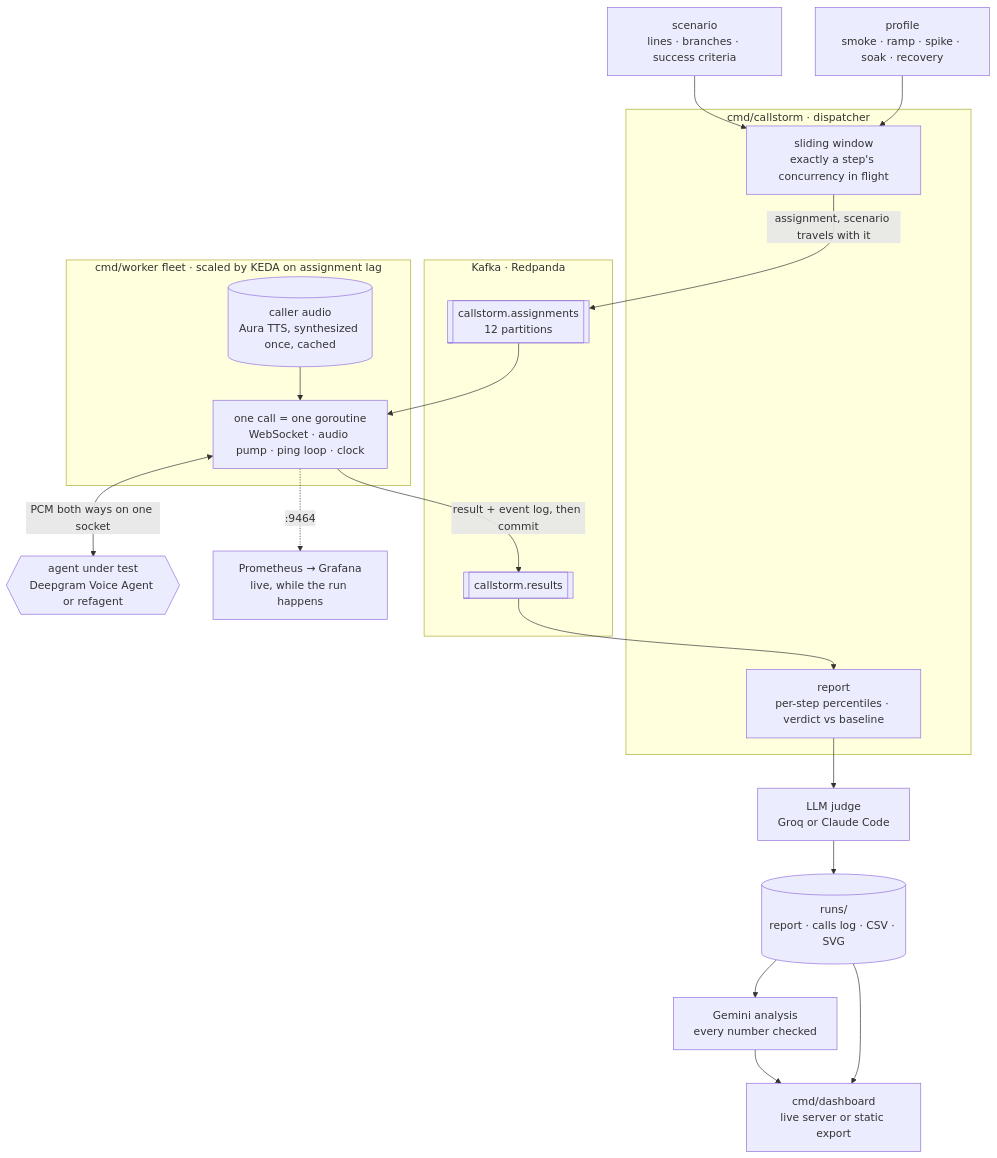
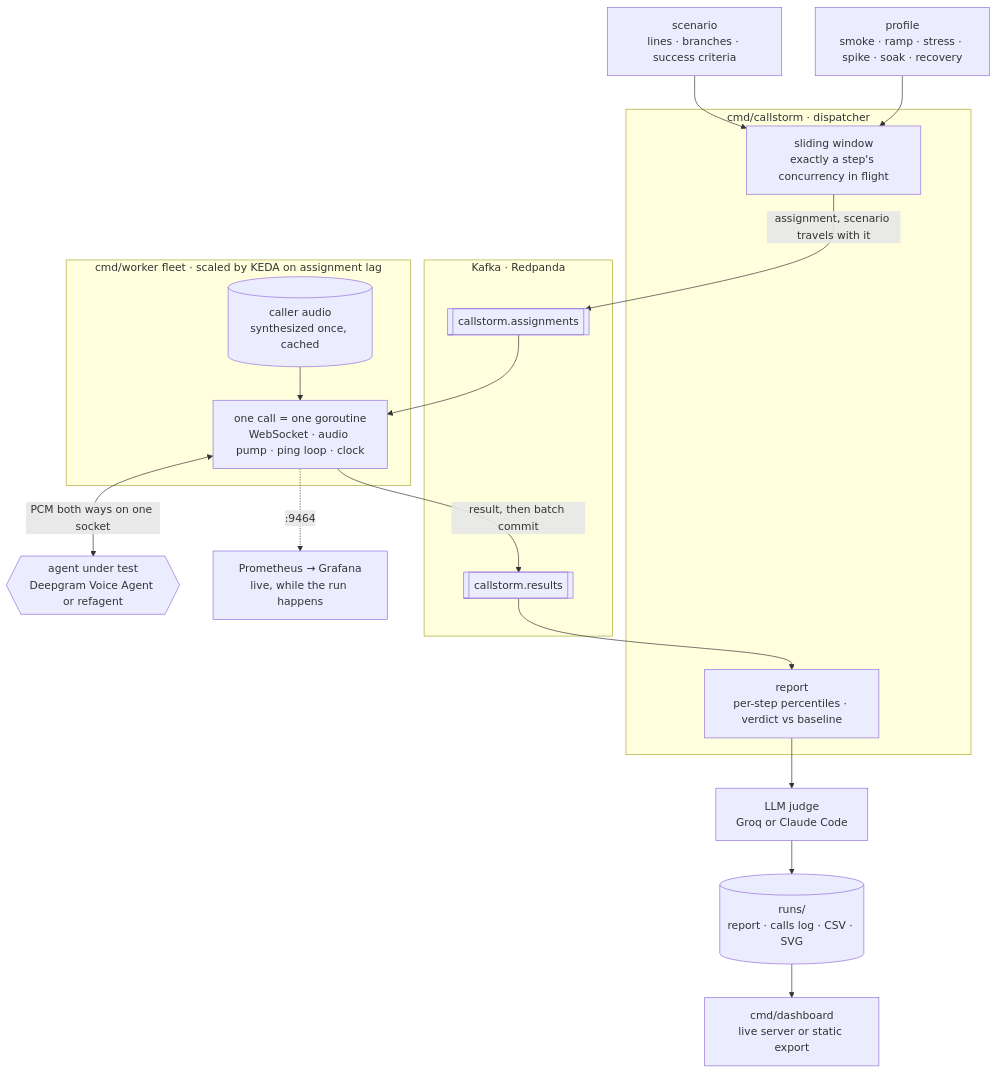
The diagram in README.md (ai-calypse/callstorm), drawn with Mermaid before and after one commit. The commit also changed other lines of this file, not shown here.

First line of the commit message:
docs: lead the README with the finding, and back every number with a run file

````diff
--- a/README.md
+++ b/README.md
@@ -172,42 +128,39 @@
 ```mermaid
 flowchart TB
     SC["scenario<br/>lines · branches · success criteria"]
-    PR["profile<br/>smoke · ramp · spike · soak · recovery"]
+    PR["profile<br/>smoke · ramp · stress · spike · soak · recovery"]
 
     subgraph disp["cmd/callstorm · dispatcher"]
         WIN["sliding window<br/>exactly a step's concurrency in flight"]
         REP["report<br/>per-step percentiles · verdict vs baseline"]
     end
 
     subgraph bus["Kafka · Redpanda"]
-        TA[["callstorm.assignments<br/>12 partitions"]]
+        TA[["callstorm.assignments"]]
         TR[["callstorm.results"]]
     end
 
     subgraph fleet["cmd/worker fleet · scaled by KEDA on assignment lag"]
         CALL["one call = one goroutine<br/>WebSocket · audio pump · ping loop · clock"]
-        CACHE[("caller audio<br/>Aura TTS, synthesized once, cached")]
+        CACHE[("caller audio<br/>synthesized once, cached")]
     end
 
     AGENT{{"agent under test<br/>Deepgram Voice Agent or refagent"}}
     PROM["Prometheus → Grafana<br/>live, while the run happens"]
     JUDGE["LLM judge<br/>Groq or Claude Code"]
     RUNS[("runs/<br/>report · calls log · CSV · SVG")]
-    INS["Gemini analysis<br/>every number checked"]
     DASH["cmd/dashboard<br/>live server or static export"]
 
     SC --> WIN
     PR --> WIN
     WIN -->|"assignment, scenario travels with it"| TA
     TA --> CALL
     CACHE --> CALL
     CALL <-->|"PCM both ways on one socket"| AGENT
     CALL -.->|":9464"| PROM
-    CALL -->|"result + event log, then commit"| TR
+    CALL -->|"result, then batch commit"| TR
     TR --> REP
     REP --> JUDGE
     JUDGE --> RUNS
-    RUNS --> INS
     RUNS --> DASH
-    INS --> DASH
 ```
````
